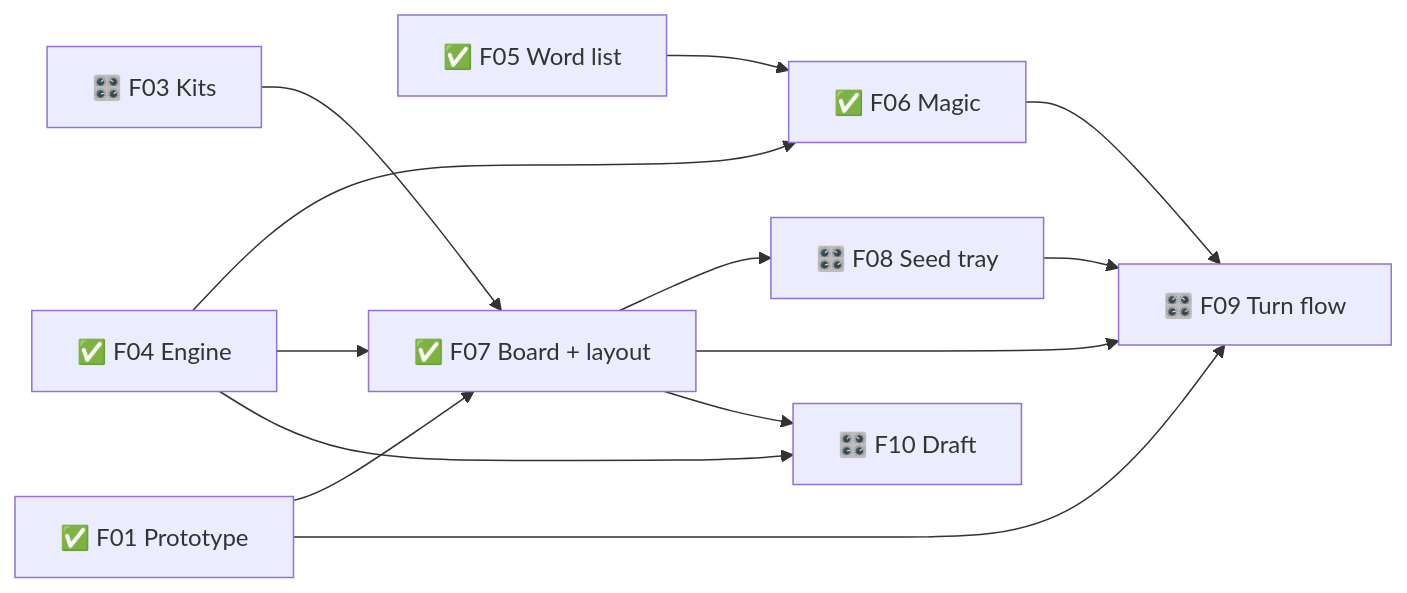
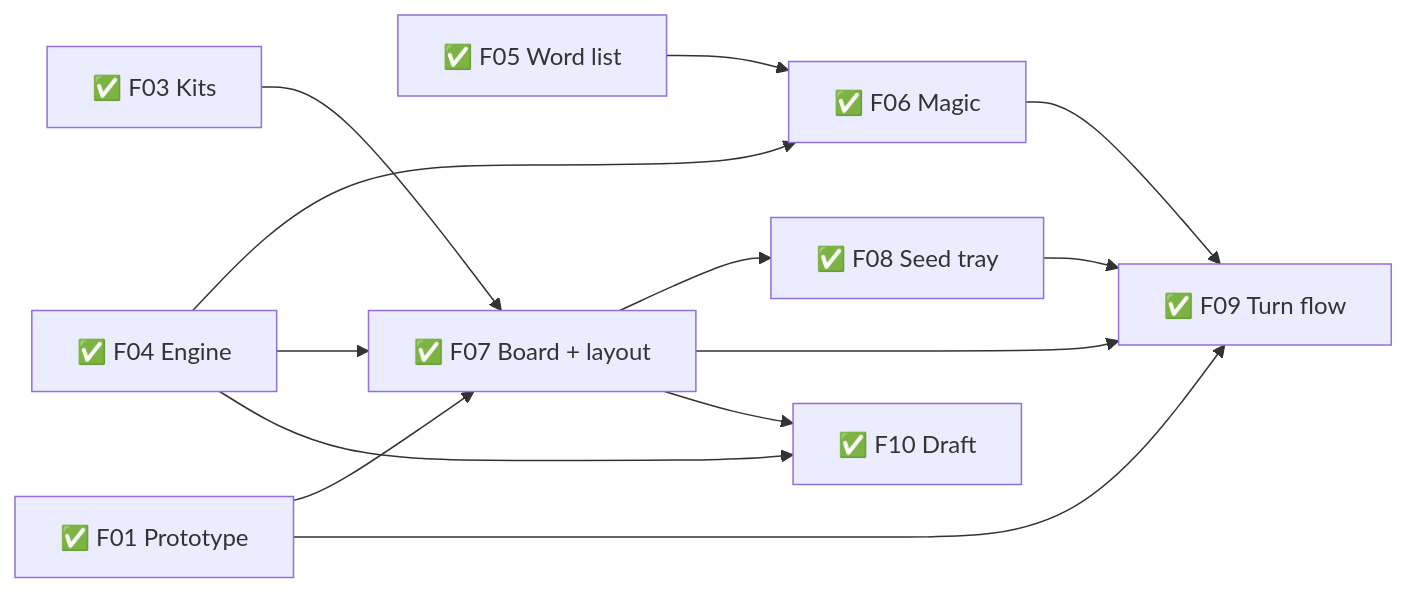
One commit to TheBlueMuzzy/Glyphtender changed the second of 4 diagrams in .planning/ROADMAP.md. Above: the diagram before and after it, drawn with Mermaid. The commit also changed other lines of this file and 5 other files, not shown here.

````diff
--- a/.planning/ROADMAP.md
+++ b/.planning/ROADMAP.md
@@ -31,15 +31,15 @@
 ```mermaid
 flowchart LR
   F04[✅ F04 Engine] --> F06[✅ F06 Magic]
   F05[✅ F05 Word list] --> F06
-  F03[🎛️ F03 Kits] --> F07[✅ F07 Board + layout]
+  F03[✅ F03 Kits] --> F07[✅ F07 Board + layout]
   F04 --> F07
   F01[✅ F01 Prototype] --> F07
-  F07 --> F08[🎛️ F08 Seed tray]
-  F06 --> F09[🎛️ F09 Turn flow]
+  F07 --> F08[✅ F08 Seed tray]
+  F06 --> F09[✅ F09 Turn flow]
   F07 --> F09
   F08 --> F09
   F01 --> F09
-  F07 --> F10[🎛️ F10 Draft]
+  F07 --> F10[✅ F10 Draft]
   F04 --> F10
 ```
````
